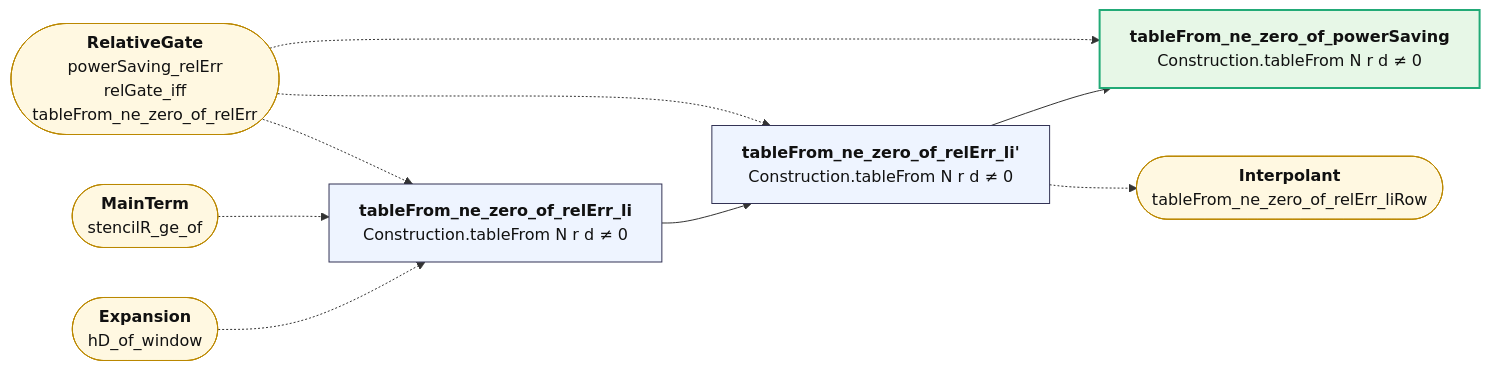
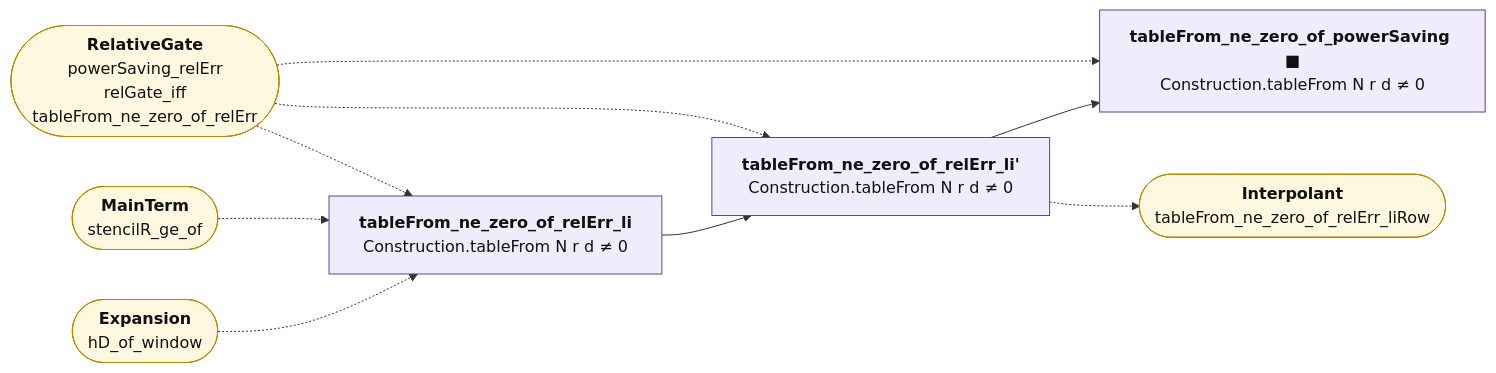
The diagram in map/lean/RelativeLi.md (juliansambranojr/Primebeat_081426), drawn with Mermaid before and after one commit. The commit also changed other lines of this file and 398 other files, not shown here.

````diff
--- a/map/lean/RelativeLi.md
+++ b/map/lean/RelativeLi.md
@@ -12,23 +12,26 @@
 ```mermaid
 flowchart LR
-  n0["<b>tableFrom_ne_zero_of_relErr_li</b><br/>Construction.tableFrom N r d ≠ 0"]:::thm
-  n1["<b>tableFrom_ne_zero_of_relErr_li'</b><br/>Construction.tableFrom N r d ≠ 0"]:::thm
-  n2["<b>tableFrom_ne_zero_of_powerSaving</b><br/>Construction.tableFrom N r d ≠ 0"]:::end_
+  n0["<b>tableFrom_ne_zero_of_relErr_li</b><br/>Construction.tableFrom N r d ≠ 0"]:::shp
+  n1["<b>tableFrom_ne_zero_of_relErr_li'</b><br/>Construction.tableFrom N r d ≠ 0"]:::shp
+  n2["<b>tableFrom_ne_zero_of_powerSaving ■</b><br/>Construction.tableFrom N r d ≠ 0"]:::shp
   x0(["<b>Expansion</b><br/>hD_of_window"]):::ext
   x1(["<b>MainTerm</b><br/>stencilR_ge_of"]):::ext
   x2(["<b>RelativeGate</b><br/>powerSaving_relErr<br/>relGate_iff<br/>tableFrom_ne_zero_of_relErr"]):::ext
   x3(["<b>Interpolant</b><br/>tableFrom_ne_zero_of_relErr_liRow"]):::ext
   n0 --> n1
   n1 --> n2
   n1 -.-> x3
   x0 -.-> n0
   x1 -.-> n0
   x2 -.-> n0
   x2 -.-> n1
   x2 -.-> n2
+  classDef cnt fill:#dff5ec,stroke:#17694a,color:#111
+  classDef shp fill:#f1ecfb,stroke:#5b3fa0,color:#111
+  classDef rh fill:#ffe5e5,stroke:#c22,color:#111,stroke-width:2px
   classDef thm fill:#eef4ff,stroke:#335,color:#111
   classDef end_ fill:#e7f7e7,stroke:#2a7,color:#111,stroke-width:2px
   classDef lone fill:#fff,stroke:#999,color:#111,stroke-dasharray:4 3
   classDef bad fill:#ffe5e5,stroke:#c22,color:#111,stroke-width:2px
   classDef ext fill:#fff8e1,stroke:#b80,color:#111
 ```
````
